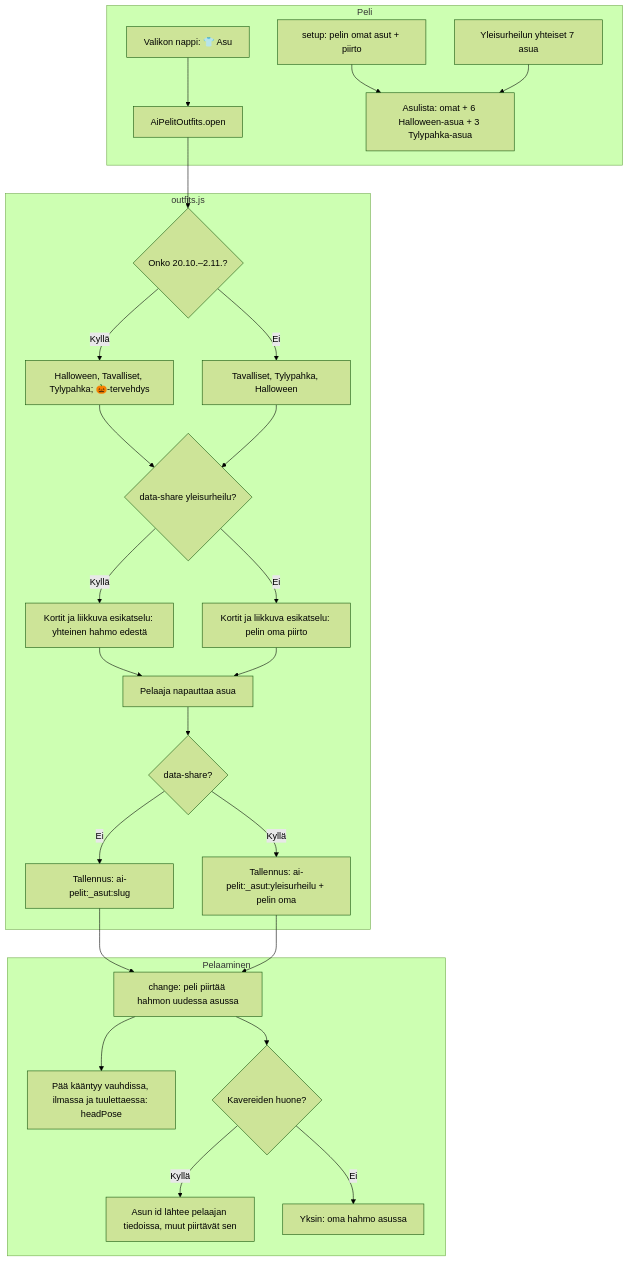
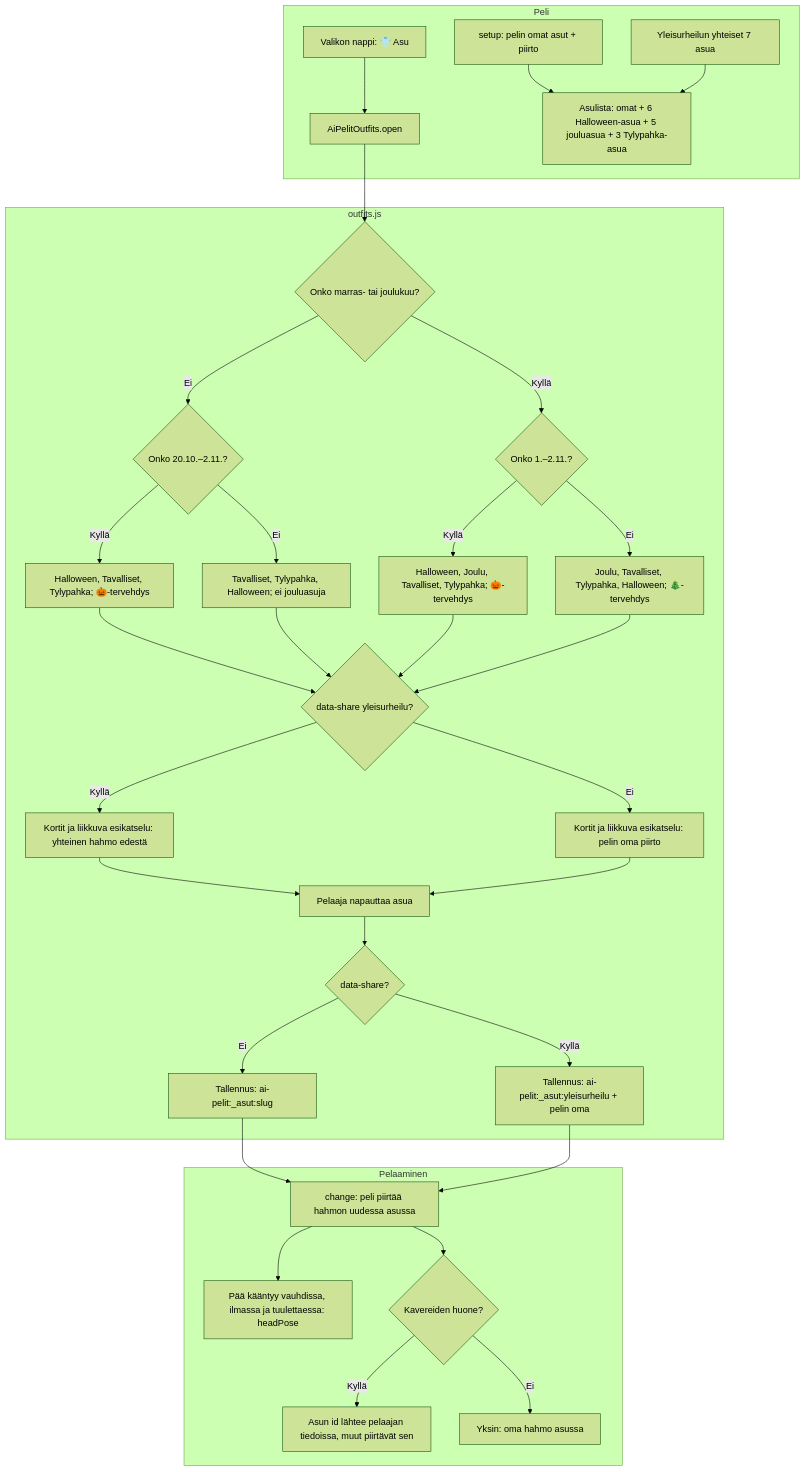
The diagram in docs/diagrams/asut.md (eerovil/ai-pelit), drawn with Mermaid (forest theme) before and after one commit. The commit also changed other lines of this file and 6 other files, not shown here.

````diff
--- a/docs/diagrams/asut.md
+++ b/docs/diagrams/asut.md
@@ -12,36 +14,42 @@
 ```mermaid
 flowchart TD
   subgraph Peli
     A[Valikon nappi: 👕 Asu] --> B[AiPelitOutfits.open]
-    S[setup: pelin omat asut + piirto] --> L[Asulista: omat + 6 Halloween-asua + 3 Tylypahka-asua]
+    S[setup: pelin omat asut + piirto] --> L[Asulista: omat + 6 Halloween-asua + 5 jouluasua + 3 Tylypahka-asua]
     Y[Yleisurheilun yhteiset 7 asua] --> L
   end
   subgraph outfits.js
-    B --> Q{Onko 20.10.–2.11.?}
+    B --> J{Onko marras- tai joulukuu?}
+    J -- Ei --> Q{Onko 20.10.–2.11.?}
+    J -- Kyllä --> JQ{Onko 1.–2.11.?}
+    JQ -- Kyllä --> HJ[Halloween, Joulu, Tavalliset, Tylypahka; 🎃-tervehdys]
+    JQ -- Ei --> JT[Joulu, Tavalliset, Tylypahka, Halloween; 🎄-tervehdys]
     Q -- Kyllä --> H[Halloween, Tavalliset, Tylypahka; 🎃-tervehdys]
-    Q -- Ei --> T[Tavalliset, Tylypahka, Halloween]
+    Q -- Ei --> T[Tavalliset, Tylypahka, Halloween; ei jouluasuja]
     H --> F{data-share yleisurheilu?}
     T --> F
+    HJ --> F
+    JT --> F
     F -- Ei --> K[Kortit ja liikkuva esikatselu: pelin oma piirto]
     F -- Kyllä --> FK[Kortit ja liikkuva esikatselu: yhteinen hahmo edestä]
     FK --> P
     K --> P[Pelaaja napauttaa asua]
     P --> G{data-share?}
     G -- Ei --> V[Tallennus: ai-pelit:_asut:slug]
     G -- Kyllä --> W[Tallennus: ai-pelit:_asut:yleisurheilu + pelin oma]
   end
   subgraph Pelaaminen
     V --> C[change: peli piirtää hahmon uudessa asussa]
     W --> C
     C --> HP[Pää kääntyy vauhdissa, ilmassa ja tuulettaessa: headPose]
     C --> R{Kavereiden huone?}
     R -- Kyllä --> M[Asun id lähtee pelaajan tiedoissa, muut piirtävät sen]
     R -- Ei --> D[Yksin: oma hahmo asussa]
   end
   class A,P blue
   class S,L,K,FK,Y violet
-  class Q,R,G,F amber
-  class H,T teal
+  class Q,R,G,F,J,JQ amber
+  class H,T,HJ,JT teal
   class V,W green
   class C,M,D,HP rose
 ```
````
